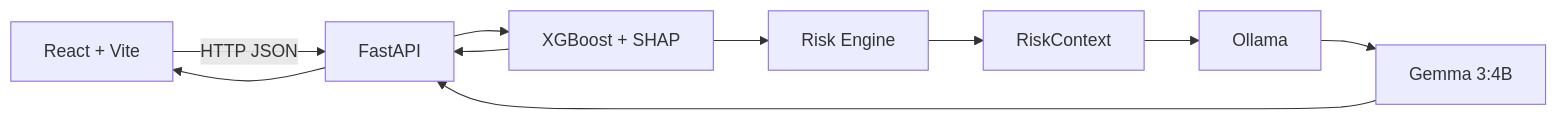
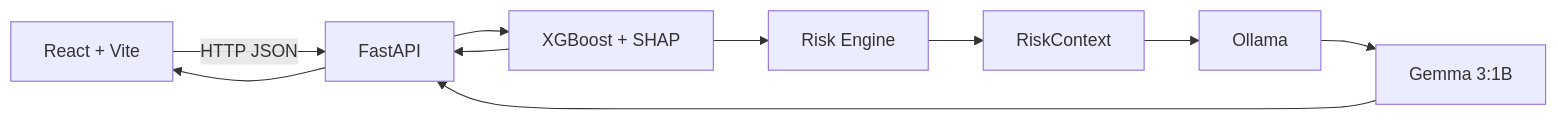
Before and after one commit to sandip234-ui/RiskGuard-AI: the third of 4 diagrams in README.md, drawn with Mermaid. The commit also changed other lines of this file and 6 other files, not shown here.

````diff
--- a/README.md
+++ b/README.md
@@ -659,12 +659,12 @@
 ```mermaid
 flowchart LR
     FE[React + Vite] -->|HTTP JSON| API[FastAPI]
     API --> ML[XGBoost + SHAP]
     ML --> RE[Risk Engine]
     RE --> RC[RiskContext]
     RC --> OLLAMA[Ollama]
-    OLLAMA --> GEMMA[Gemma 3:4B]
+    OLLAMA --> GEMMA[Gemma 3:1B]
     GEMMA --> API
     ML --> API
     API --> FE
 ```
````
